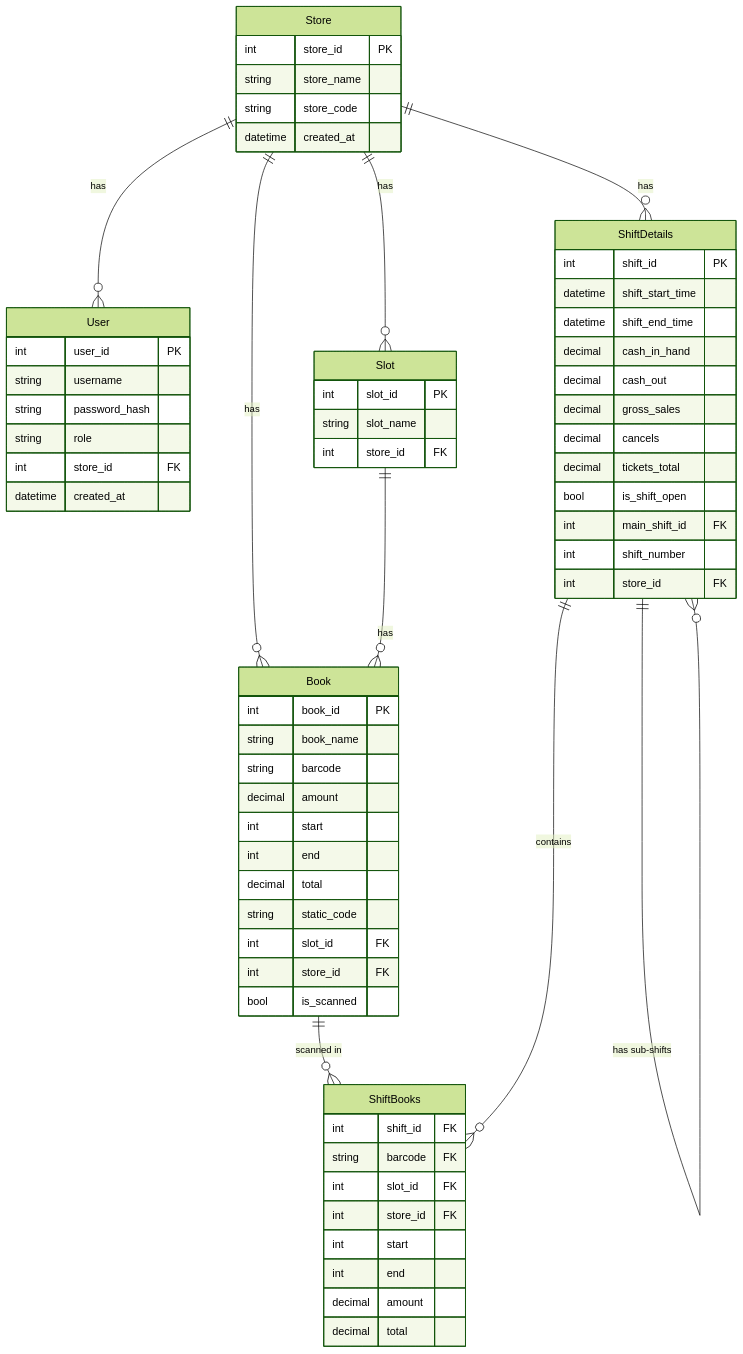
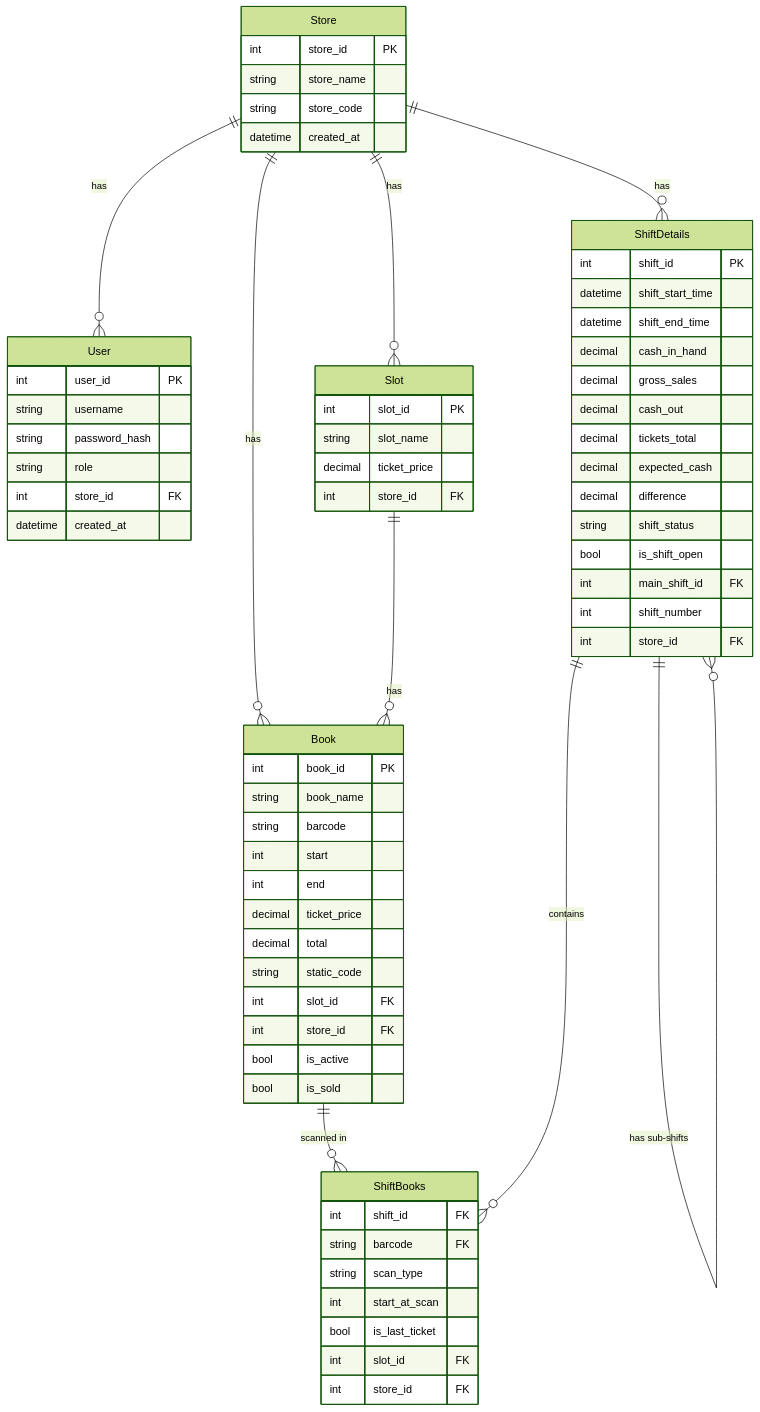
The diagram in docs/ERD.md (AbdelrahmanYousef9266/LottoMeter-v2), drawn with Mermaid (forest theme) before and after one commit. The commit also changed other lines of this file and 4 other files, not shown here.

Commit message:
docs: final verified documentation - SRS v4.0, ERD, API Contract, SDLC, README

````diff
--- a/docs/ERD.md
+++ b/docs/ERD.md
@@ -11,73 +11,76 @@
 ```mermaid
 erDiagram
   Store {
     int store_id PK
     string store_name
     string store_code
     datetime created_at
   }
 
   User {
     int user_id PK
     string username
     string password_hash
     string role
     int store_id FK
     datetime created_at
   }
 
   Slot {
     int slot_id PK
     string slot_name
+    decimal ticket_price
     int store_id FK
   }
 
   Book {
     int book_id PK
     string book_name
     string barcode
-    decimal amount
     int start
     int end
+    decimal ticket_price
     decimal total
     string static_code
     int slot_id FK
     int store_id FK
-    bool is_scanned
+    bool is_active
+    bool is_sold
   }
 
   ShiftDetails {
     int shift_id PK
     datetime shift_start_time
     datetime shift_end_time
     decimal cash_in_hand
+    decimal gross_sales
     decimal cash_out
-    decimal gross_sales
-    decimal cancels
     decimal tickets_total
+    decimal expected_cash
+    decimal difference
+    string shift_status
     bool is_shift_open
     int main_shift_id FK
     int shift_number
     int store_id FK
   }
 
   ShiftBooks {
     int shift_id FK
     string barcode FK
+    string scan_type
+    int start_at_scan
+    bool is_last_ticket
     int slot_id FK
     int store_id FK
-    int start
-    int end
-    decimal amount
-    decimal total
   }
 
   Store ||--o{ User : "has"
   Store ||--o{ Slot : "has"
   Store ||--o{ Book : "has"
   Store ||--o{ ShiftDetails : "has"
   Slot ||--o{ Book : "has"
   Book ||--o{ ShiftBooks : "scanned in"
   ShiftDetails ||--o{ ShiftBooks : "contains"
   ShiftDetails ||--o{ ShiftDetails : "has sub-shifts"
 ```
````
